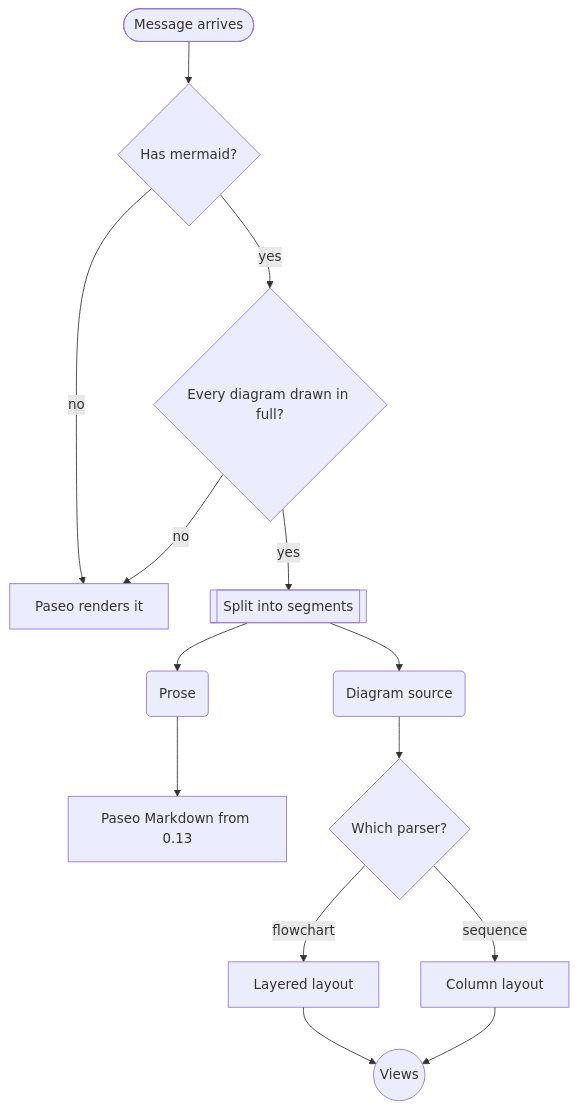
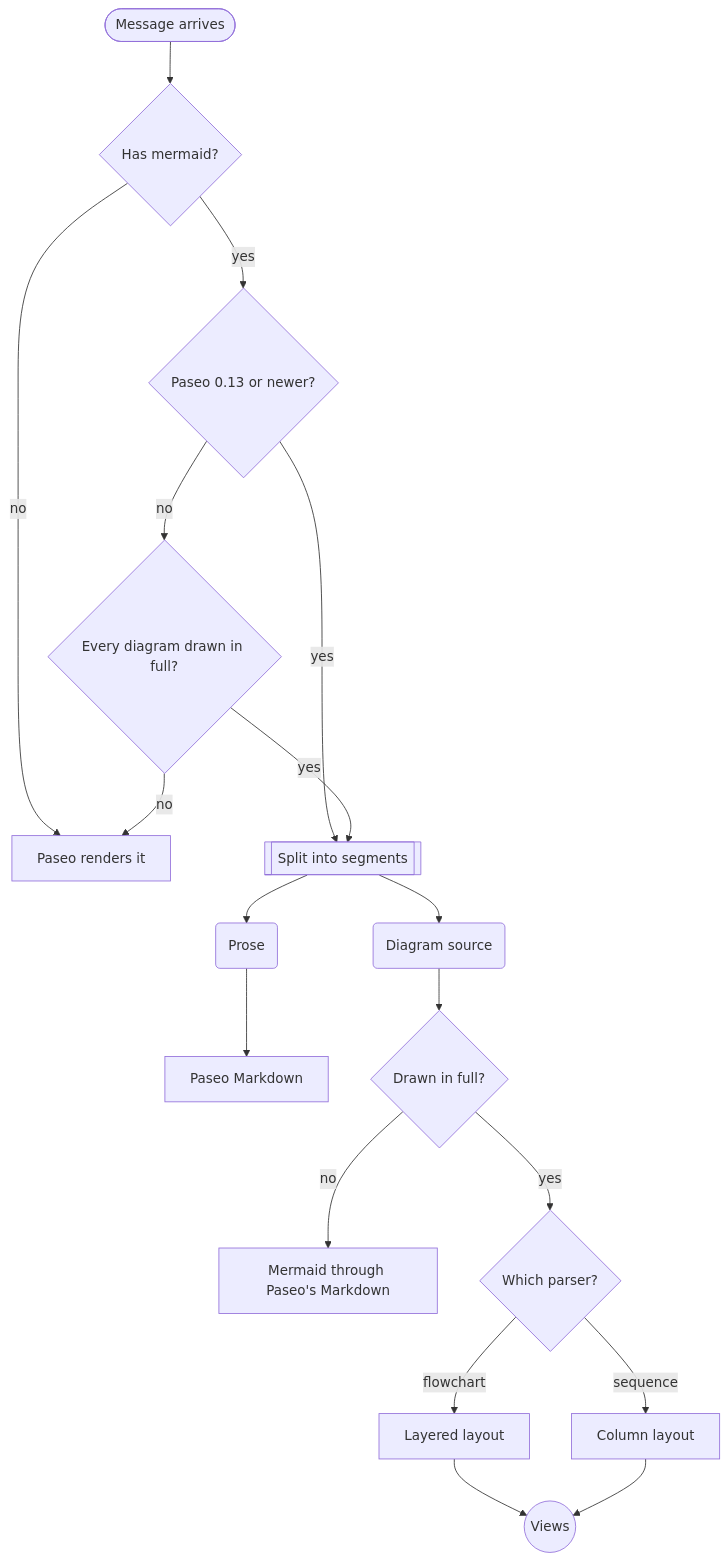
Before and after one commit to dutchakdev/paseo-plugin-mermaid: the diagram in README.md, drawn with Mermaid. The commit also changed other lines of this file and 2 other files, not shown here.

Commit message:
Docs: what the plugin draws now, and Better Paseo

````diff
--- a/README.md
+++ b/README.md
@@ -137,16 +158,20 @@
 ```mermaid
 flowchart TD
     Msg([Message arrives]) --> Check{Has mermaid?}
     Check -->|no| Paseo[Paseo renders it]
-    Check -->|yes| Full{Every diagram drawn in full?}
+    Check -->|yes| Host{Paseo 0.13 or newer?}
+    Host -->|yes| Split[[Split into segments]]
+    Host -->|no| Full{Every diagram drawn in full?}
     Full -->|no| Paseo
-    Full -->|yes| Split[[Split into segments]]
+    Full -->|yes| Split
     Split --> Text(Prose)
     Split --> Src(Diagram source)
-    Text --> Md[Paseo Markdown from 0.13]
-    Src --> Parse{Which parser?}
+    Text --> Md[Paseo Markdown]
+    Src --> Own{Drawn in full?}
+    Own -->|no| Mer[Mermaid through Paseo's Markdown]
+    Own -->|yes| Parse{Which parser?}
     Parse -->|flowchart| Layout[Layered layout]
     Parse -->|sequence| Columns[Column layout]
     Layout --> Draw((Views))
     Columns --> Draw
 ```
````
